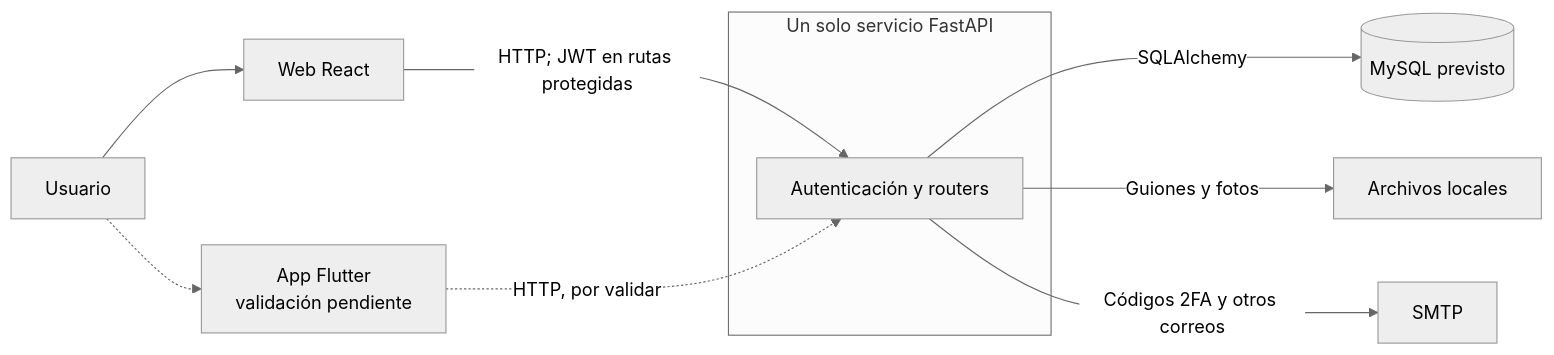
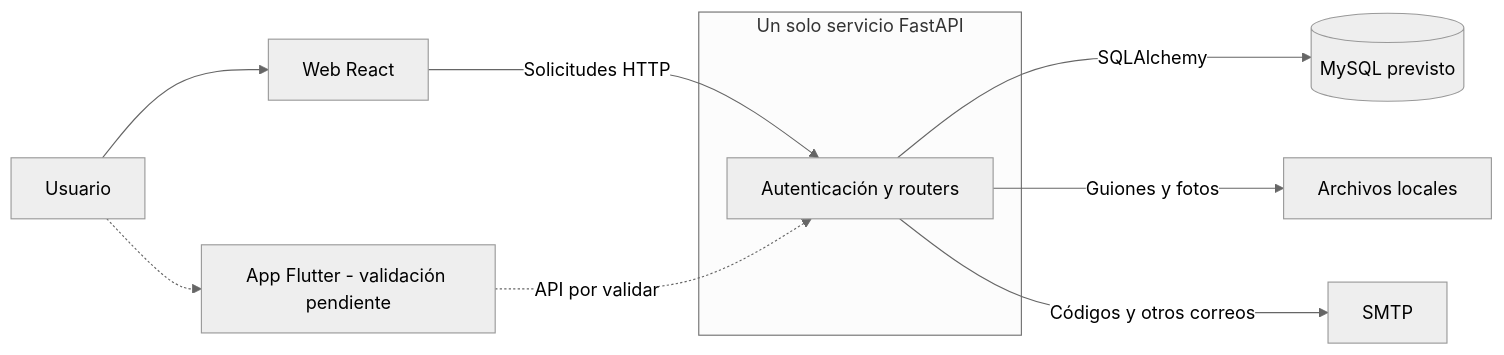
The first of 2 diagrams in sustentacion t6/README.md (Aerxs666/FOCCUS-RF), drawn with Mermaid (neutral theme) before and after one commit. The commit also changed other lines of this file and 1 other file, not shown here.

Commit message:
docs: aclarar 2FA y diagramas de sustentación T6

````diff
--- a/sustentacion t6/README.md
+++ b/sustentacion t6/README.md
@@ -68,13 +69,13 @@
 ```mermaid
 flowchart LR
-  U[Usuario] --> W[Web React]
-  U -.-> M[App Flutter<br/>validación pendiente]
-  W -->|HTTP; JWT en rutas protegidas| API
-  M -.->|HTTP, por validar| API
+  U["Usuario"] --> W["Web React"]
+  U -.-> M["App Flutter - validación pendiente"]
+  W -->|"Solicitudes HTTP"| API
+  M -.->|"API por validar"| API
   subgraph B["Un solo servicio FastAPI"]
-    API[Autenticación y routers]
+    API["Autenticación y routers"]
   end
-  API -->|SQLAlchemy| DB[(MySQL previsto)]
-  API -->|Guiones y fotos| F[Archivos locales]
-  API -->|Códigos 2FA y otros correos| S[SMTP]
+  API -->|"SQLAlchemy"| DB[("MySQL previsto")]
+  API -->|"Guiones y fotos"| F["Archivos locales"]
+  API -->|"Códigos y otros correos"| S["SMTP"]
 ```
````
